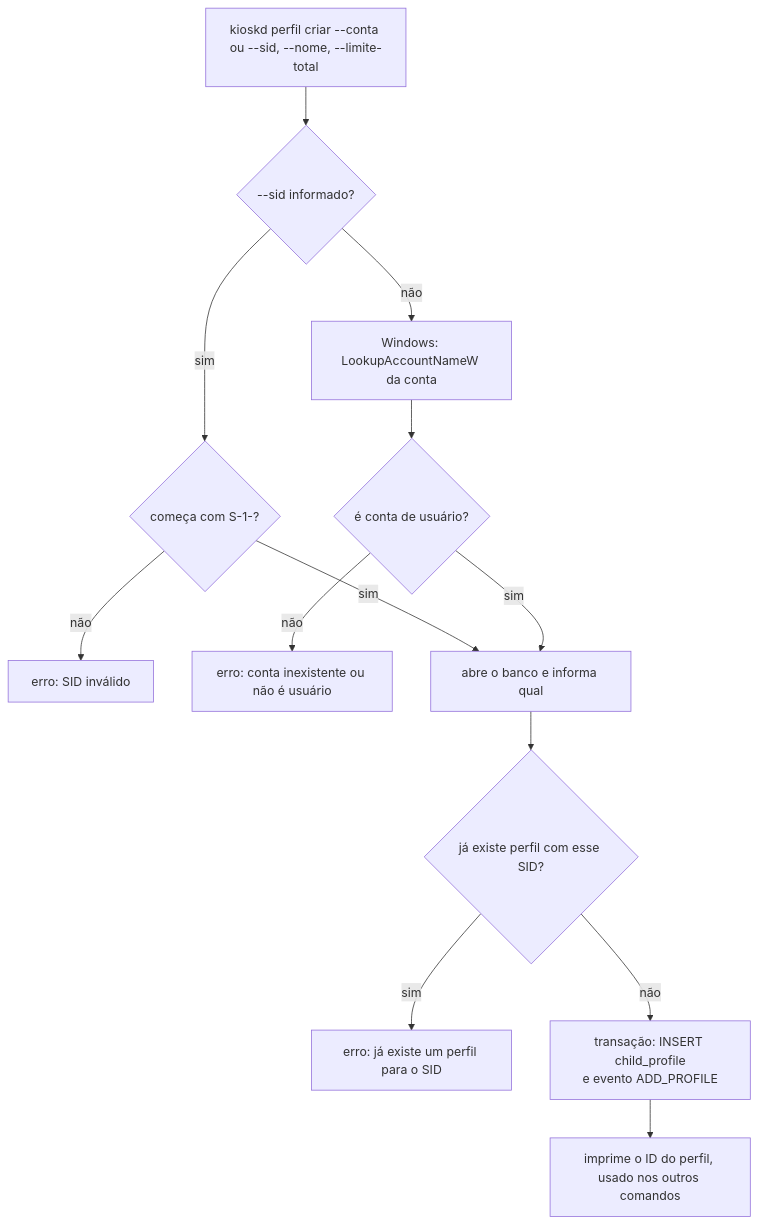
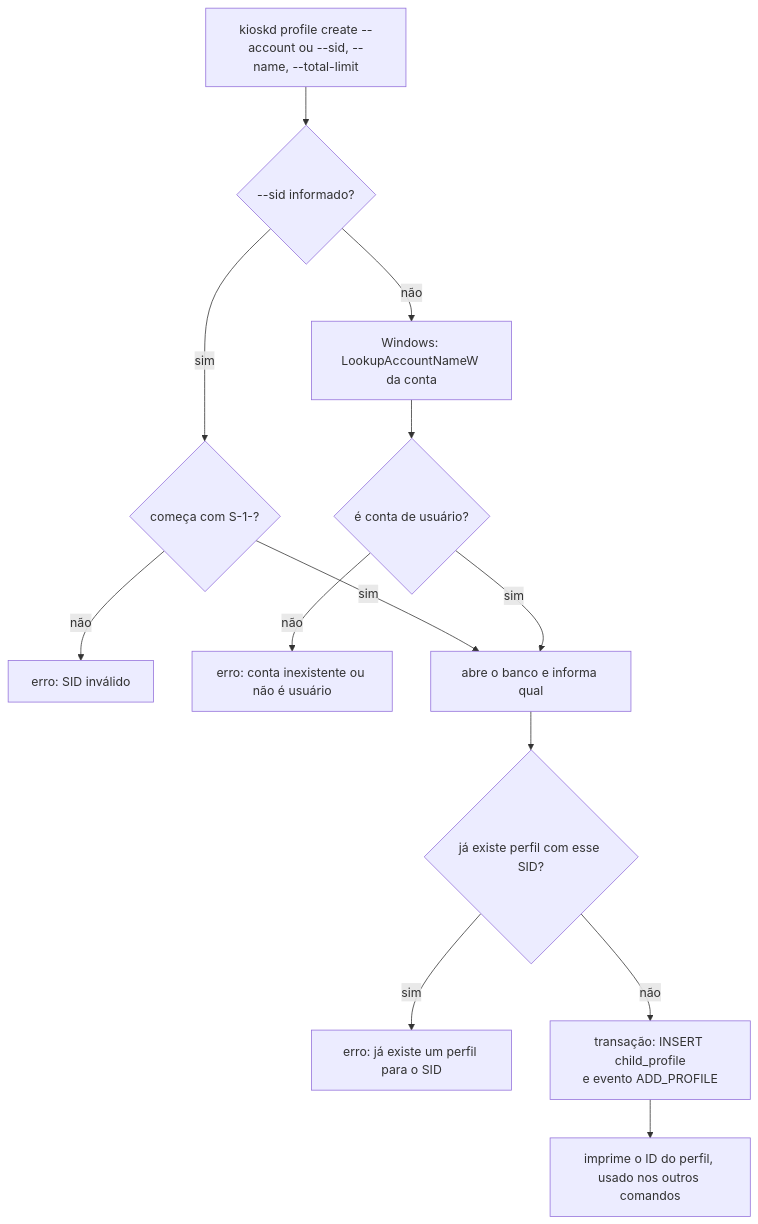
One commit to jefersonlop3s/kiosk-engine changed the seventh of 28 diagrams in docs/architecture/fluxos-dos-comandos.md. Above: the diagram before and after it, drawn with Mermaid. The commit also changed other lines of this file and 43 other files, not shown here.

````diff
--- a/docs/architecture/fluxos-dos-comandos.md
+++ b/docs/architecture/fluxos-dos-comandos.md
@@ -129,15 +129,15 @@
 ```mermaid
 flowchart TD
-    A["kioskd perfil criar --conta ou --sid, --nome, --limite-total"] --> B{"--sid informado?"}
+    A["kioskd profile create --account ou --sid, --name, --total-limit"] --> B{"--sid informado?"}
     B -->|sim| C{"começa com S-1-?"}
     C -->|não| E1["erro: SID inválido"]
     B -->|não| D["Windows: LookupAccountNameW da conta"]
     D --> D2{"é conta de usuário?"}
     D2 -->|não| E2["erro: conta inexistente ou não é usuário"]
     C -->|sim| F["abre o banco e informa qual"]
     D2 -->|sim| F
     F --> G{"já existe perfil com esse SID?"}
     G -->|sim| E3["erro: já existe um perfil para o SID"]
     G -->|não| H["transação: INSERT child_profile<br/>e evento ADD_PROFILE"]
     H --> I["imprime o ID do perfil, usado nos outros comandos"]
 ```
````
